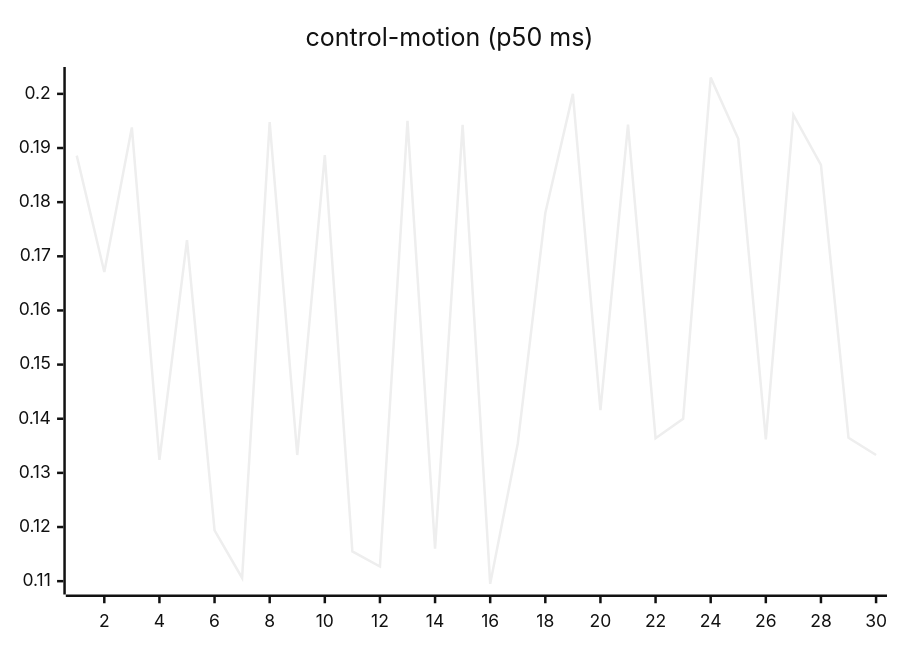
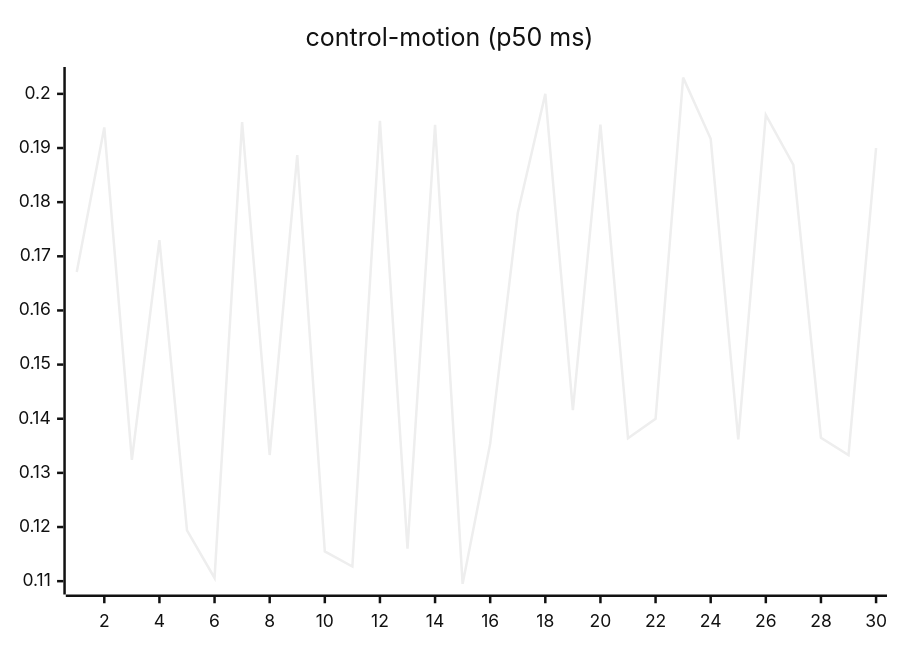
One commit to josha/Facet changed the seventh of 27 diagrams in README.md. Above: the diagram before and after it, drawn with Mermaid (neutral theme). The commit also changed other lines of this file and 2 other files, not shown here.

````diff
--- a/README.md
+++ b/README.md
@@ -105,6 +105,6 @@
 ```mermaid
 xychart-beta
     title "control-motion (p50 ms)"
     x-axis 1 --> 30
-    line [0.1886, 0.1671, 0.1938, 0.1324, 0.1730, 0.1194, 0.1106, 0.1948, 0.1333, 0.1887, 0.1155, 0.1127, 0.1950, 0.1160, 0.1943, 0.1095, 0.1354, 0.1780, 0.2000, 0.1416, 0.1943, 0.1364, 0.1400, 0.2030, 0.1917, 0.1362, 0.1961, 0.1869, 0.1365, 0.1333]
+    line [0.1671, 0.1938, 0.1324, 0.1730, 0.1194, 0.1106, 0.1948, 0.1333, 0.1887, 0.1155, 0.1127, 0.1950, 0.1160, 0.1943, 0.1095, 0.1354, 0.1780, 0.2000, 0.1416, 0.1943, 0.1364, 0.1400, 0.2030, 0.1917, 0.1362, 0.1961, 0.1869, 0.1365, 0.1333, 0.1900]
 ```
````
